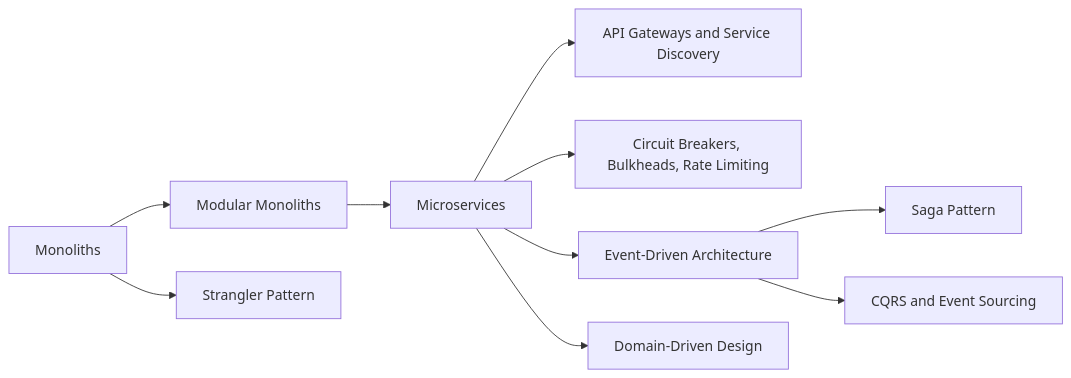
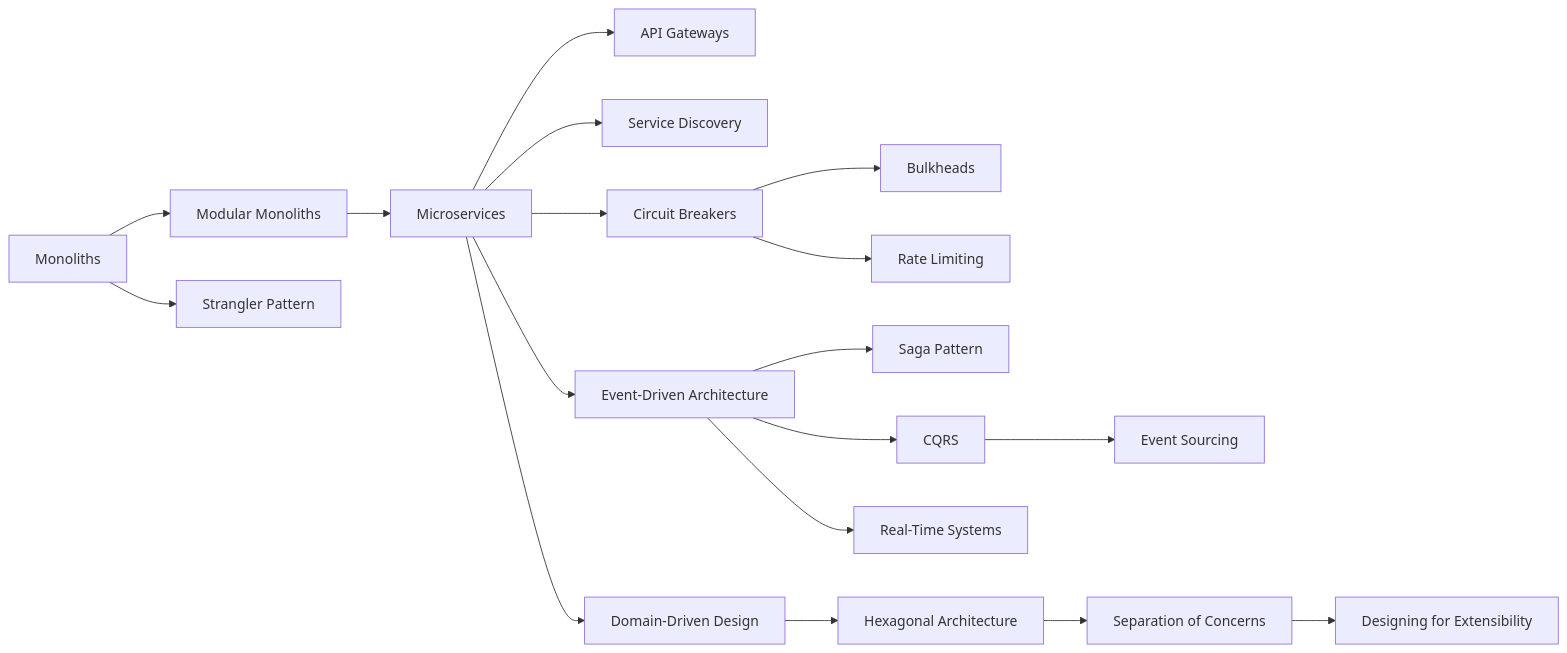
Before and after one commit to kunal-ladh/learn-system-design: the diagram in HLD/01 HLD & System Design/Architecture Patterns/Architecture Patterns MOC.md, drawn with Mermaid. The commit also changed other lines of this file and 195 other files, not shown here.

````diff
--- a/HLD/01 HLD & System Design/Architecture Patterns/Architecture Patterns MOC.md
+++ b/HLD/01 HLD & System Design/Architecture Patterns/Architecture Patterns MOC.md
@@ -23,12 +25,21 @@
 ```mermaid
 flowchart LR
     A[Monoliths] --> B[Modular Monoliths]
     B --> C[Microservices]
-    C --> D[API Gateways and Service Discovery]
-    C --> E[Circuit Breakers, Bulkheads, Rate Limiting]
+    C --> D1[API Gateways]
+    C --> D2[Service Discovery]
+    C --> E1[Circuit Breakers]
+    E1 --> E2[Bulkheads]
+    E1 --> E3[Rate Limiting]
     C --> F[Event-Driven Architecture]
     F --> G[Saga Pattern]
-    F --> H[CQRS and Event Sourcing]
+    F --> H1[CQRS]
+    H1 --> H2[Event Sourcing]
+    F --> R[Real-Time Systems]
     C --> I[Domain-Driven Design]
+    I --> I2[Hexagonal Architecture]
+    I2 --> S[Separation of Concerns]
+    S --> X[Designing for Extensibility]
     A --> J[Strangler Pattern]
+    class A,B,C,D1,D2,E1,E2,E3,F,G,H1,H2,I,I2,J,R,S,X internal-link;
 ```
````
